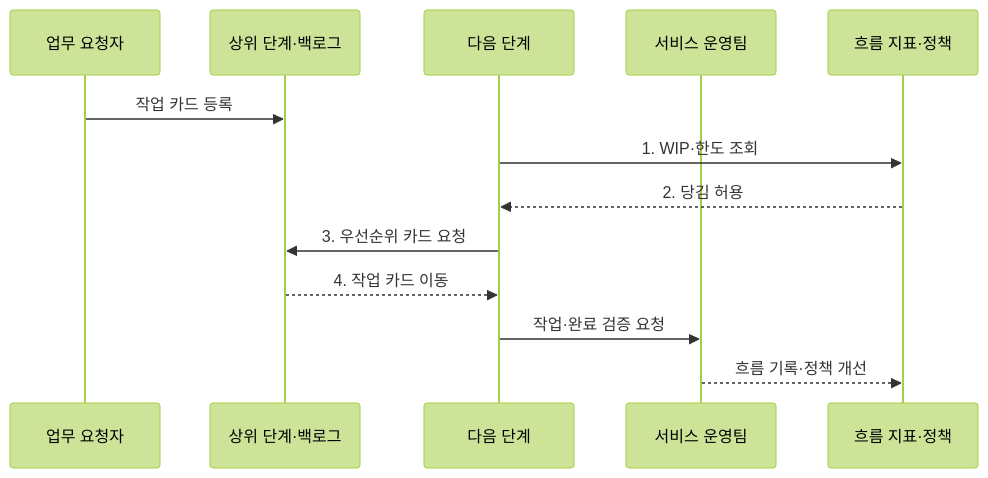
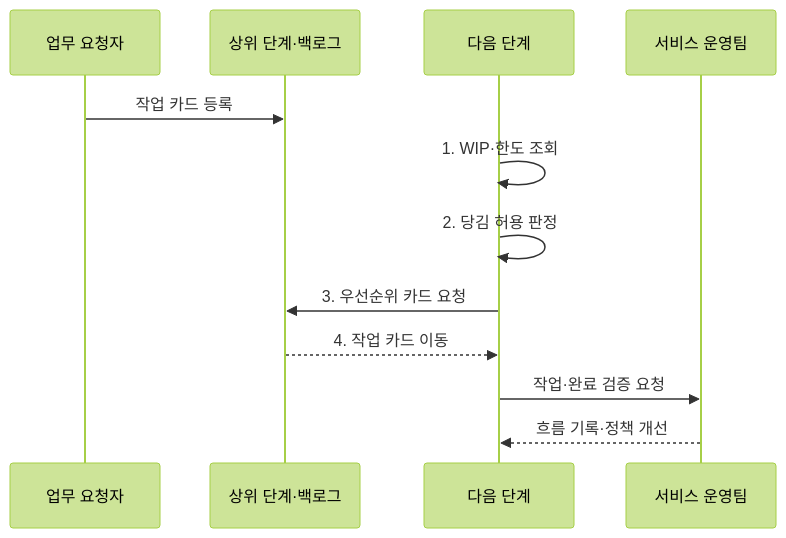
Before and after one commit to agnusdei1207/knowledge-base: the second of 2 diagrams in src/content/docs/notes/03-software/035_kanban.md, drawn with Mermaid (forest theme). The commit also changed other lines of this file and 6 other files, not shown here.

Commit message:
Trim software design diagram actors

````diff
--- a/src/content/docs/notes/03-software/035_kanban.md
+++ b/src/content/docs/notes/03-software/035_kanban.md
@@ -105,15 +105,14 @@
 ```mermaid
 sequenceDiagram
     participant U as 업무 요청자
     participant Q as 상위 단계·백로그
     participant N as 다음 단계
     participant T as 서비스 운영팀
-    participant M as 흐름 지표·정책
     U->>Q: 작업 카드 등록
-    N->>M: 1. WIP·한도 조회
-    M-->>N: 2. 당김 허용
+    N->>N: 1. WIP·한도 조회
+    N->>N: 2. 당김 허용 판정
     N->>Q: 3. 우선순위 카드 요청
     Q-->>N: 4. 작업 카드 이동
     N->>T: 작업·완료 검증 요청
-    T-->>M: 흐름 기록·정책 개선
+    T-->>N: 흐름 기록·정책 개선
 ```
````
